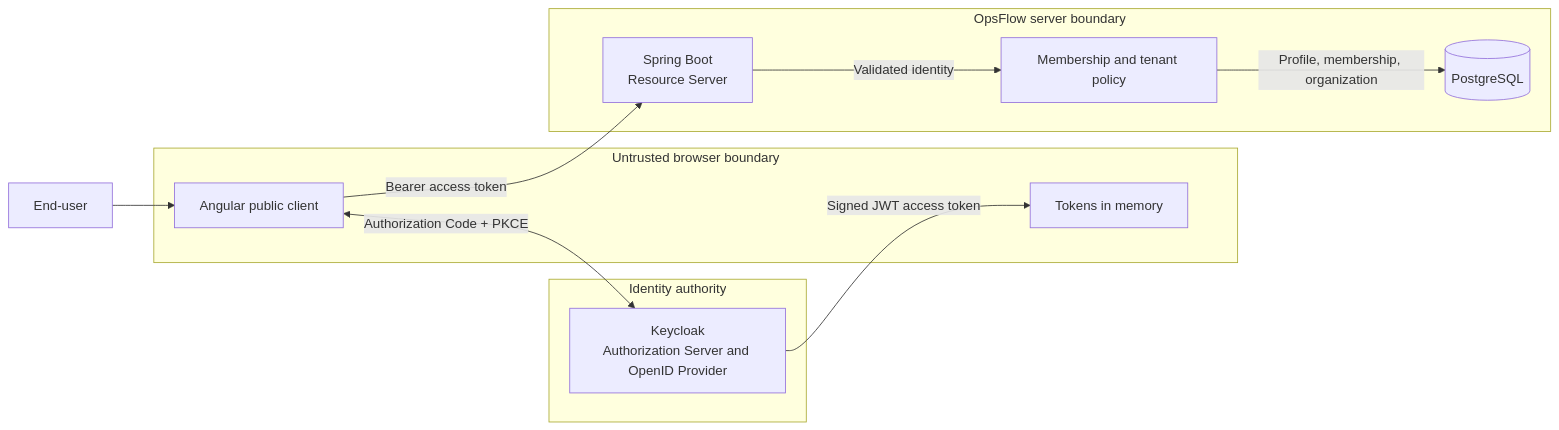
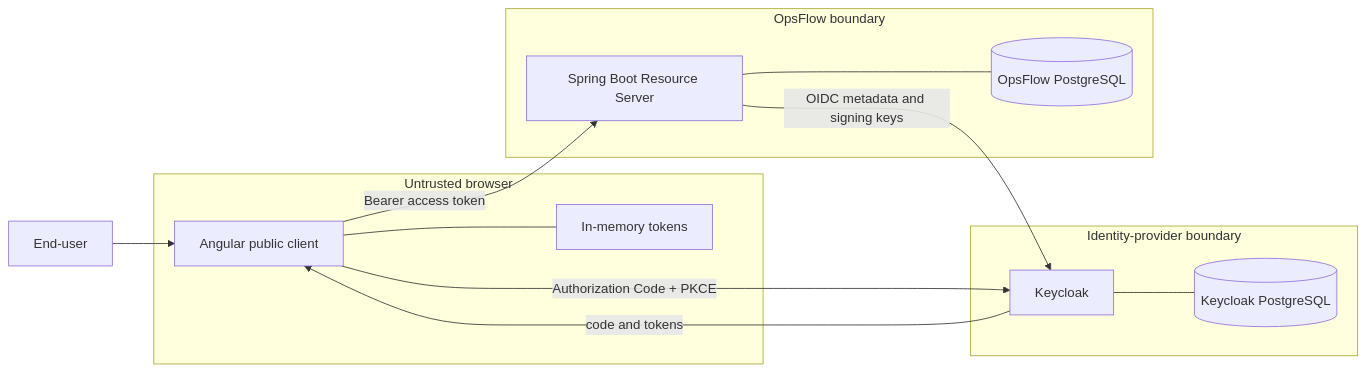
The first of 4 diagrams in docs/architecture/m1-identity-and-tenancy-design.md (Felipao724/opsflow), drawn with Mermaid before and after one commit. The commit also changed other lines of this file and 11 other files, not shown here.

Commit message:
docs(architecture): document M1 identity and tenancy

````diff
--- a/docs/architecture/m1-identity-and-tenancy-design.md
+++ b/docs/architecture/m1-identity-and-tenancy-design.md
@@ -67,26 +31,28 @@
 ```mermaid
 flowchart LR
     user[End-user]
 
-    subgraph browser[Untrusted browser boundary]
+    subgraph browser[Untrusted browser]
         angular[Angular public client]
-        memory[Tokens in memory]
+        memory[In-memory tokens]
+        angular --- memory
     end
 
-    subgraph identity[Identity authority]
-        keycloak[Keycloak\nAuthorization Server and OpenID Provider]
+    subgraph provider[Identity-provider boundary]
+        keycloak[Keycloak]
+        keycloakdb[(Keycloak PostgreSQL)]
+        keycloak --- keycloakdb
     end
 
-    subgraph application[OpsFlow server boundary]
-        spring[Spring Boot\nResource Server]
-        policy[Membership and tenant policy]
-        postgres[(PostgreSQL)]
+    subgraph application[OpsFlow boundary]
+        spring[Spring Boot Resource Server]
+        opsdb[(OpsFlow PostgreSQL)]
+        spring --- opsdb
     end
 
     user --> angular
-    angular <-->|Authorization Code + PKCE| keycloak
-    keycloak -->|Signed JWT access token| memory
+    angular -->|Authorization Code + PKCE| keycloak
+    keycloak -->|code and tokens| angular
     angular -->|Bearer access token| spring
-    spring -->|Validated identity| policy
-    policy -->|Profile, membership, organization| postgres
+    spring -->|OIDC metadata and signing keys| keycloak
 ```
````
